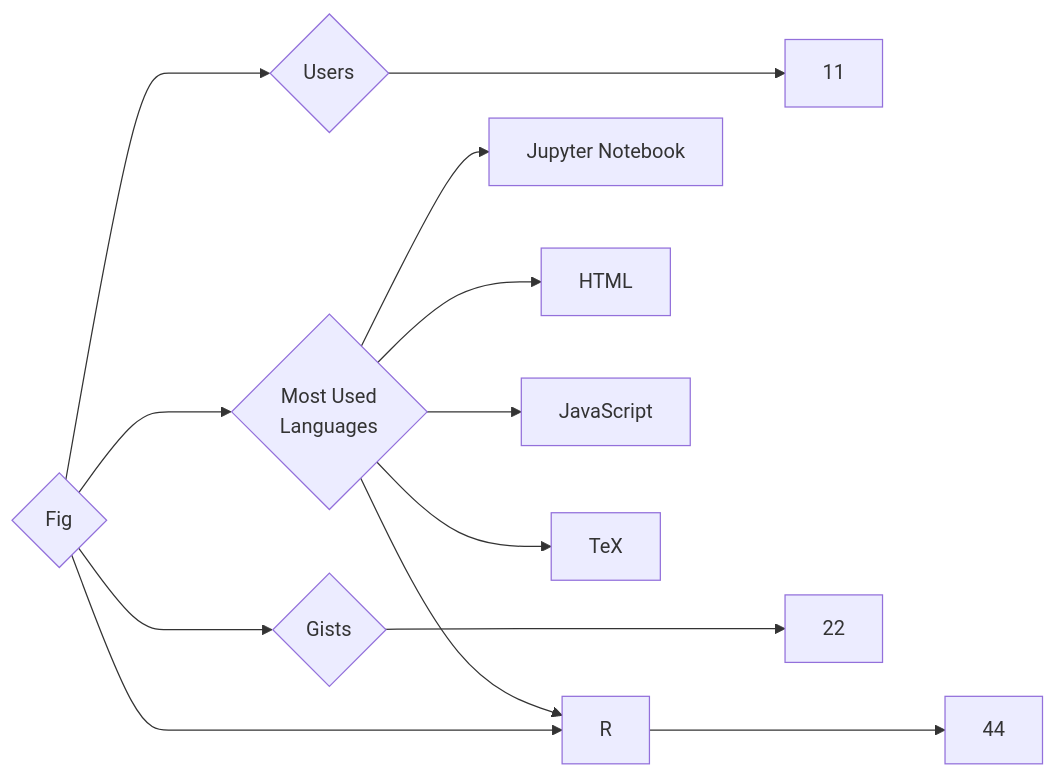
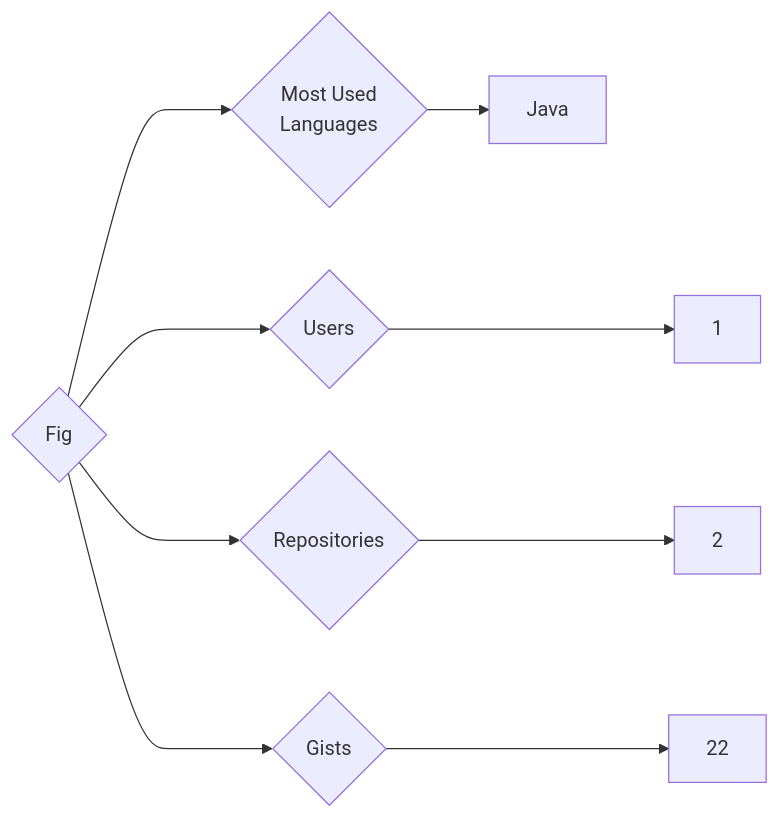
Before and after one commit to trickest/insiders: the diagram in targets/Fig/README.md, drawn with Mermaid. The commit also changed 874 other files, not shown here.

````diff
--- a/targets/Fig/README.md
+++ b/targets/Fig/README.md
@@ -3,13 +3,9 @@
 ```mermaid
 graph LR
 COMPANY_NAME{Fig}
-COMPANY_NAME ---> U{Users} ---> UN[11]
-COMPANY_NAME ---> R{Repositories} ---> RN[44]
+COMPANY_NAME ---> U{Users} ---> UN[1]
+COMPANY_NAME ---> R{Repositories} ---> RN[2]
 COMPANY_NAME ---> G{Gists} ---> GN[22]
 COMPANY_NAME ---> ML{Most Used<br>Languages}
-ML --> Jupyter_Notebook[Jupyter Notebook]
-ML --> R[R]
-ML --> HTML[HTML]
-ML --> JavaScript[JavaScript]
-ML --> TeX[TeX]
+ML --> Java[Java]
 ```
````
